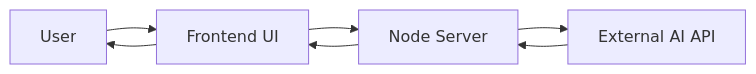
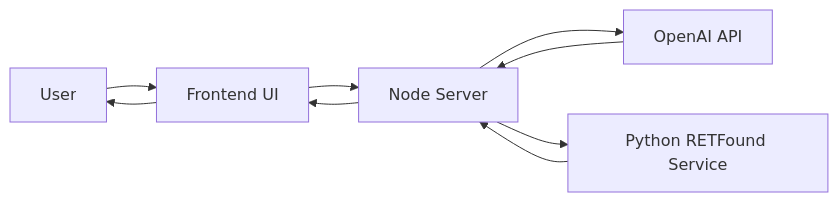
Before and after one commit to MilanPatel9999/CapStone: the first of 2 diagrams in README.md, drawn with Mermaid. The commit also changed other lines of this file and 13 other files, not shown here.

````diff
--- a/README.md
+++ b/README.md
@@ -38,9 +47,11 @@
 ```mermaid
 flowchart LR
     A[User] --> B[Frontend UI]
     B --> C[Node Server]
-    C --> D[External AI API]
+    C --> D[OpenAI API]
+    C --> E[Python RETFound Service]
     D --> C
+    E --> C
     C --> B
     B --> A
 ```
````
